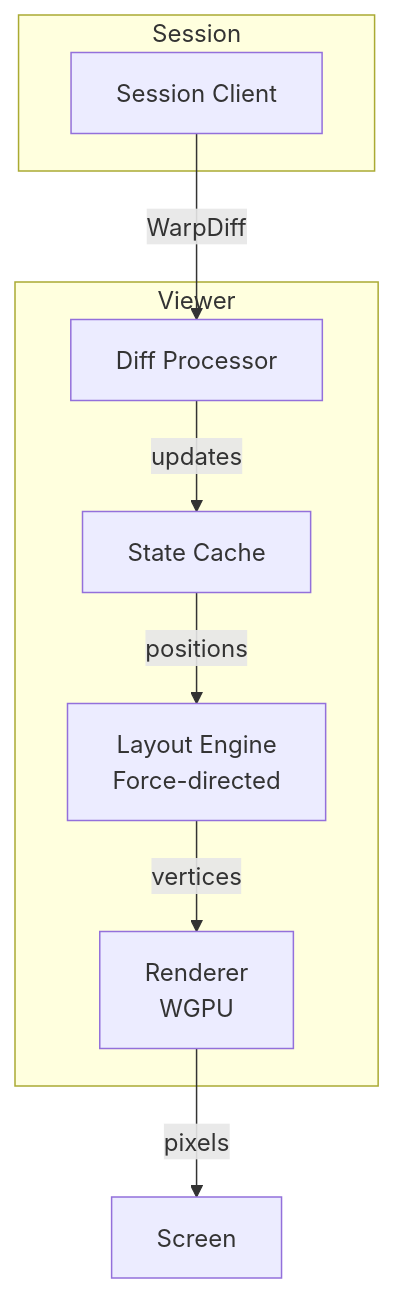
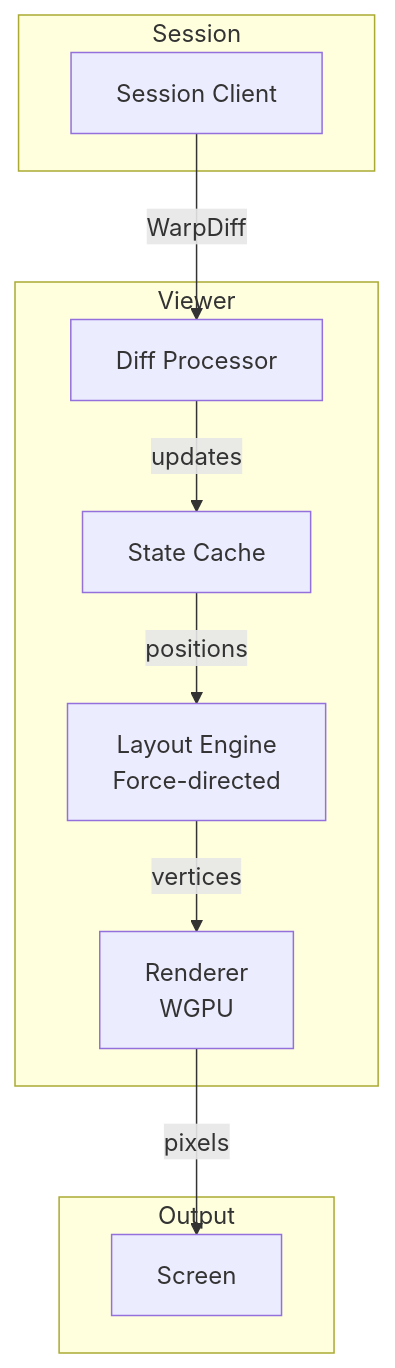
Before and after one commit to flyingrobots/echo: the diagram in docs/study/diagrams/tour-15.mmd, drawn with Mermaid. The commit also changed 45 other files, not shown here.

First line of the commit message:
docs: fix Mermaid diagrams and visual atlas references

```diff
--- a/docs/study/diagrams/tour-15.mmd
+++ b/docs/study/diagrams/tour-15.mmd
@@ -1,17 +1,21 @@
 graph TB
     subgraph "Viewer"
         R[Renderer<br/>WGPU]
         L[Layout Engine<br/>Force-directed]
         D[Diff Processor]
         S[State Cache]
     end
 
     subgraph "Session"
         SC[Session Client]
     end
 
+    subgraph "Output"
+        Screen[Screen]
+    end
+
     SC -->|WarpDiff| D
     D -->|updates| S
     S -->|positions| L
     L -->|vertices| R
     R -->|pixels| Screen
```
